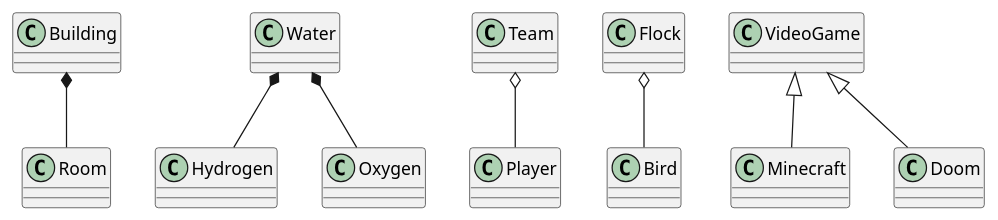
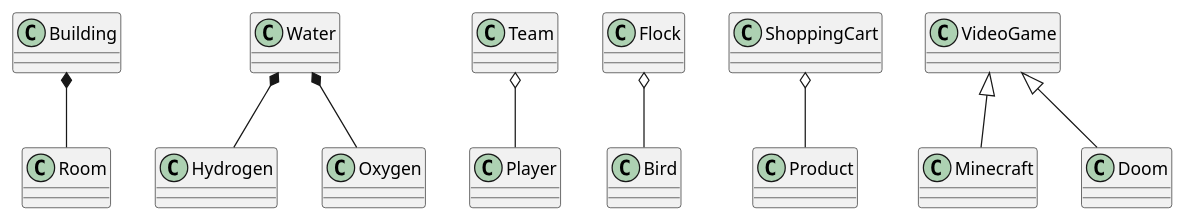
Before and after one commit to AuspiciousCrane/SDA_Lab: the diagram in uml_ref.plantuml, drawn with PlantUML. The commit also changed 1 other file, not shown here.

Commit message:
Added composite pattern UML and update UML reference

```diff
--- a/uml_ref.plantuml
+++ b/uml_ref.plantuml
@@ -1,31 +1,32 @@
 @startuml
 /'
 This is plantuml diagram
 This document is intended to be used as reference
 for reading uml diagram using example cause
 I (chatchai) keep forgetting direction of arrow
 and what each arrow and how it looks
 
 You can install vscode extension for plantuml
 support and use "Alt + D" keyboard shortcut 
 in order to view the diagram
 '/
 
 ' Composition "NEED-A" Water need hydrogen to be water
 Building *-- Room
 Water *-- Hydrogen
 Water *-- Oxygen
 
 ' Aggregation "MAYBE HAS/HAVE A"
 Team o-- Player
 Flock o-- Bird
+ShoppingCart o-- Product
 
 ' Inheritance "IS A"
 VideoGame <|-- Minecraft
 VideoGame <|-- Doom
 
 ' Link to plantuml syntax and feature
 ' https://plantuml.com/class-diagram
 
 
 @enduml
```
